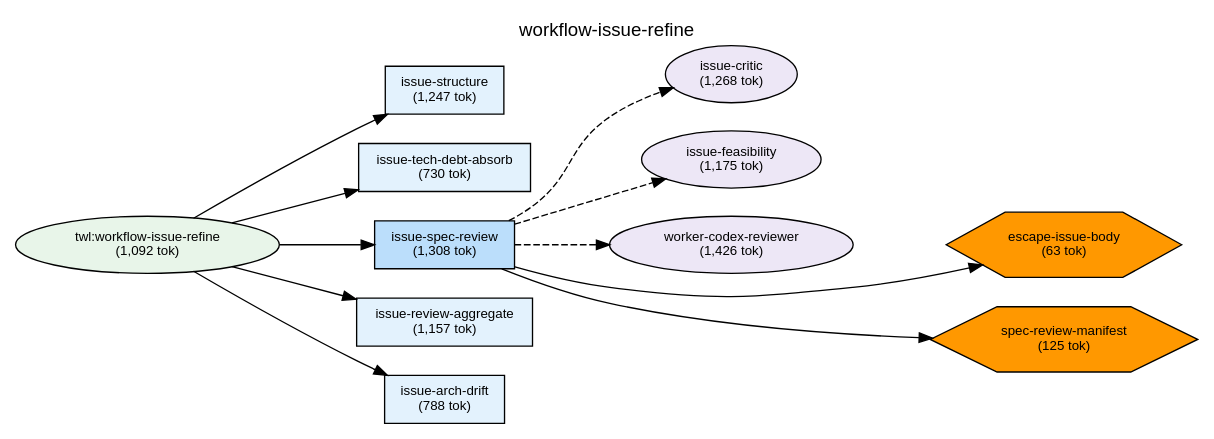
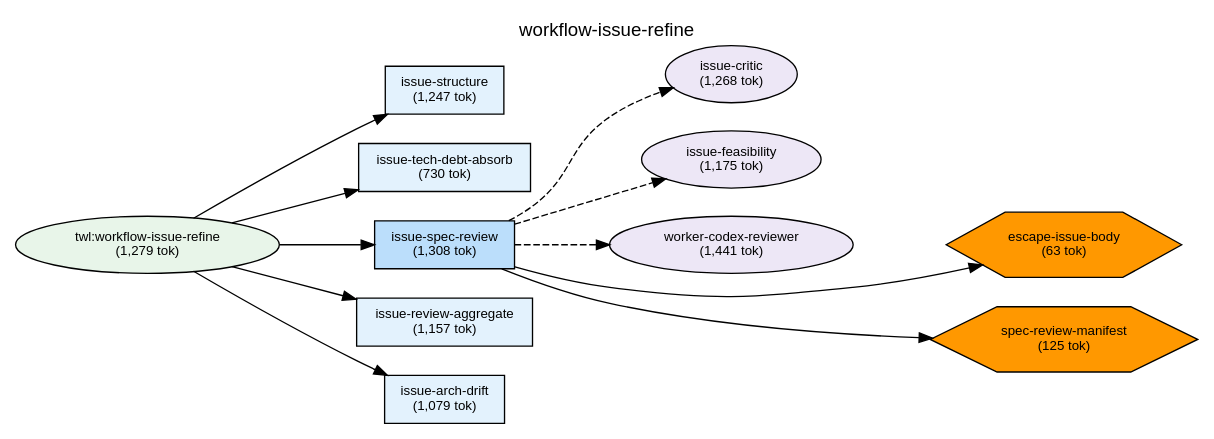
One commit to shuu5/twill changed the diagram in plugins/twl/docs/deps-workflow-issue-refine.dot. Above: the diagram before and after it, drawn with Graphviz. The commit also changed 41 other files, not shown here.

```diff
--- a/plugins/twl/docs/deps-workflow-issue-refine.dot
+++ b/plugins/twl/docs/deps-workflow-issue-refine.dot
@@ -1,70 +1,70 @@
 digraph Dependencies {
     // Graph settings
     rankdir=LR;
     ranksep=0.8;
     nodesep=0.3;
     fontname="Helvetica";
     node [fontname="Helvetica", fontsize=10];
     edge [fontname="Helvetica", fontsize=9];
     label="workflow-issue-refine";
     labelloc=t;
     fontsize=14;
 
     // L0: Controller Skills
 
     // L0: Launchers
 
     // L0.5: Workflow Skills
-    skill_workflow_issue_refine [label="twl:workflow-issue-refine\n(1,092 tok)", shape=ellipse, style=filled, fillcolor="#e8f5e9"];
+    skill_workflow_issue_refine [label="twl:workflow-issue-refine\n(1,279 tok)", shape=ellipse, style=filled, fillcolor="#e8f5e9"];
 
     // Reference Skills
 
     // L1: Direct Commands
     cmd_issue_structure [label="issue-structure\n(1,247 tok)", shape=box, style=filled, fillcolor="#e3f2fd"];
     cmd_issue_tech_debt_absorb [label="issue-tech-debt-absorb\n(730 tok)", shape=box, style=filled, fillcolor="#e3f2fd"];
     cmd_issue_spec_review [label="issue-spec-review\n(1,308 tok)", shape=box, style=filled, fillcolor="#bbdefb"];
     cmd_issue_review_aggregate [label="issue-review-aggregate\n(1,157 tok)", shape=box, style=filled, fillcolor="#e3f2fd"];
-    cmd_issue_arch_drift [label="issue-arch-drift\n(788 tok)", shape=box, style=filled, fillcolor="#e3f2fd"];
+    cmd_issue_arch_drift [label="issue-arch-drift\n(1,079 tok)", shape=box, style=filled, fillcolor="#e3f2fd"];
 
     // L2: Sub Commands
 
     // L3: Agents
     agent_issue_critic [label="issue-critic\n(1,268 tok)", shape=ellipse, style=filled, fillcolor="#ede7f6"];
     agent_issue_feasibility [label="issue-feasibility\n(1,175 tok)", shape=ellipse, style=filled, fillcolor="#ede7f6"];
-    agent_worker_codex_reviewer [label="worker-codex-reviewer\n(1,426 tok)", shape=ellipse, style=filled, fillcolor="#ede7f6"];
+    agent_worker_codex_reviewer [label="worker-codex-reviewer\n(1,441 tok)", shape=ellipse, style=filled, fillcolor="#ede7f6"];
 
     // L3.5: Scripts
     script_escape_issue_body [label="escape-issue-body\n(63 tok)", shape=hexagon, style=filled, fillcolor="#FF9800"];
     script_spec_review_manifest [label="spec-review-manifest\n(125 tok)", shape=hexagon, style=filled, fillcolor="#FF9800"];
 
     // L4: External
 
     // Layer constraints
     { rank=same; skill_workflow_issue_refine; }
     { rank=same; cmd_issue_structure; cmd_issue_tech_debt_absorb; cmd_issue_spec_review; cmd_issue_review_aggregate; cmd_issue_arch_drift; }
     { rank=same; agent_issue_critic; agent_issue_feasibility; agent_worker_codex_reviewer; }
     { rank=same; script_escape_issue_body; script_spec_review_manifest; }
 
     // Edges
     skill_workflow_issue_refine -> cmd_issue_structure;
     skill_workflow_issue_refine -> cmd_issue_tech_debt_absorb;
     skill_workflow_issue_refine -> cmd_issue_spec_review;
     skill_workflow_issue_refine -> cmd_issue_review_aggregate;
     skill_workflow_issue_refine -> cmd_issue_arch_drift;
     cmd_issue_spec_review -> agent_issue_critic [style=dashed];
     cmd_issue_spec_review -> agent_issue_feasibility [style=dashed];
     cmd_issue_spec_review -> agent_worker_codex_reviewer [style=dashed];
     cmd_issue_spec_review -> script_escape_issue_body;
     cmd_issue_spec_review -> script_spec_review_manifest;
 
     // Ordering constraints (invisible edges)
     cmd_issue_structure -> cmd_issue_tech_debt_absorb [style=invis, weight=10];
     cmd_issue_tech_debt_absorb -> cmd_issue_spec_review [style=invis, weight=10];
     cmd_issue_spec_review -> cmd_issue_review_aggregate [style=invis, weight=10];
     cmd_issue_review_aggregate -> cmd_issue_arch_drift [style=invis, weight=10];
     agent_issue_critic -> agent_issue_feasibility [style=invis, weight=10];
     agent_issue_feasibility -> agent_worker_codex_reviewer [style=invis, weight=10];
     agent_worker_codex_reviewer -> script_escape_issue_body [style=invis, weight=10];
     script_escape_issue_body -> script_spec_review_manifest [style=invis, weight=10];
 
 }
```
